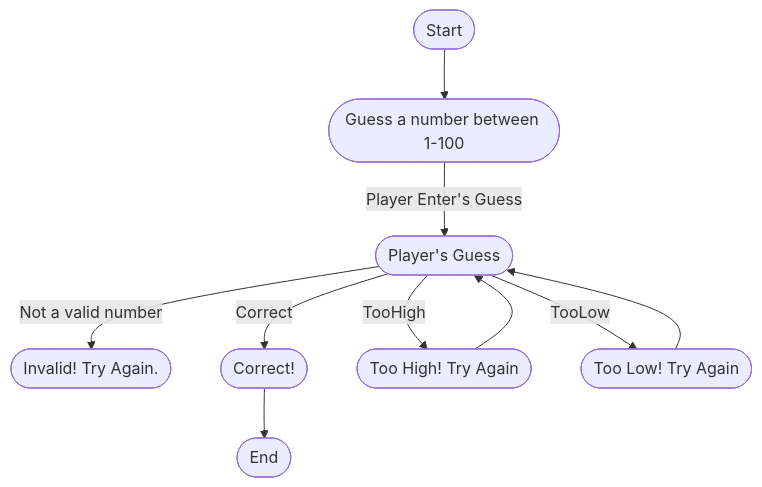
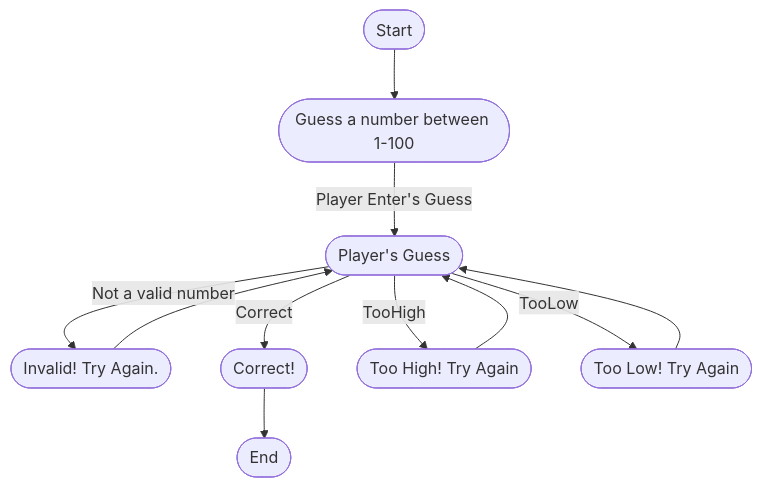
Before and after one commit to veturon2/veturon2.github.io: the diagram in Guessing.md, drawn with Mermaid.

````diff
--- a/Guessing.md
+++ b/Guessing.md
@@ -3,15 +3,16 @@
 ```mermaid
 flowchart TD
   Start([Start])-->RandomNumber([Guess a number between 1-100])
   RandomNumber--Player Enter's Guess-->PlayerInput([Player's Guess])
 
   PlayerInput--Not a valid number-->InvalidNumber([Invalid! Try Again.])
+  InvalidNumber-->PlayerInput
   
   PlayerInput--Correct-->CorrectGuess([Correct!])
   PlayerInput--TooHigh-->WrongGuessHigh([Too High! Try Again])
   PlayerInput--TooLow-->WrongGuessLow([Too Low! Try Again])
   
   WrongGuessHigh-->PlayerInput
   WrongGuessLow-->PlayerInput
   CorrectGuess-->End([End])
 ```
````
